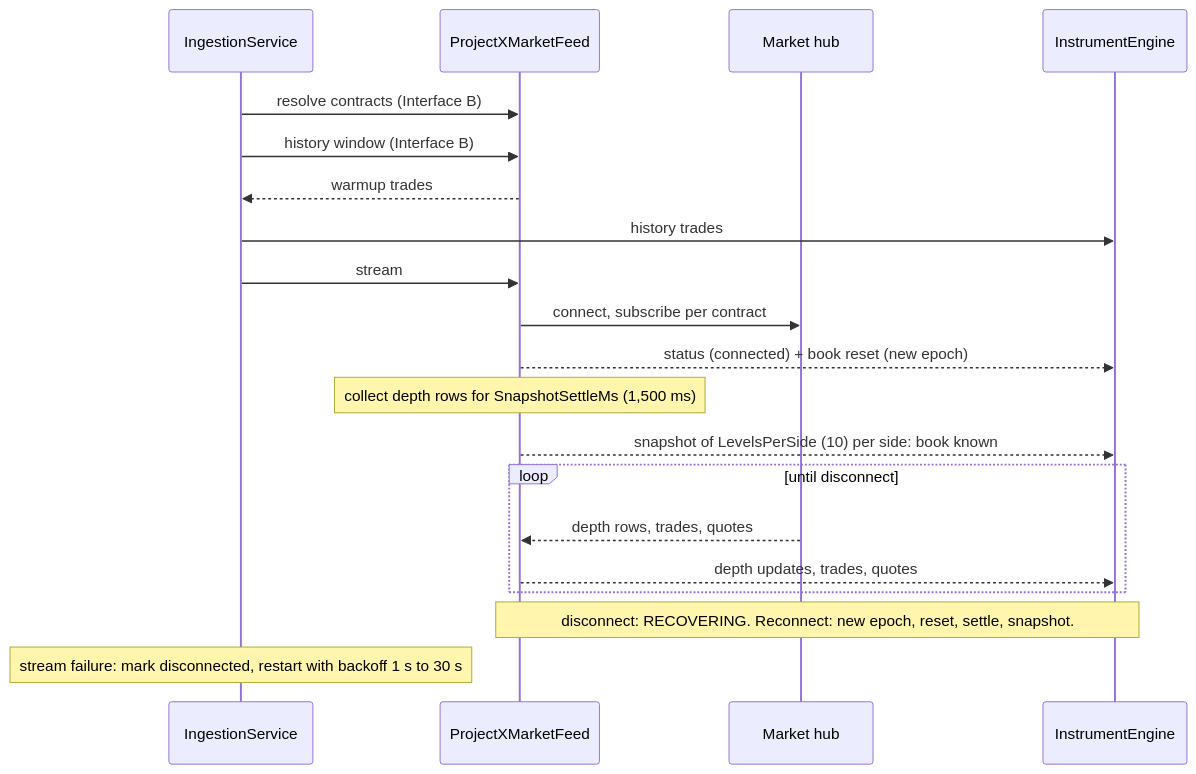
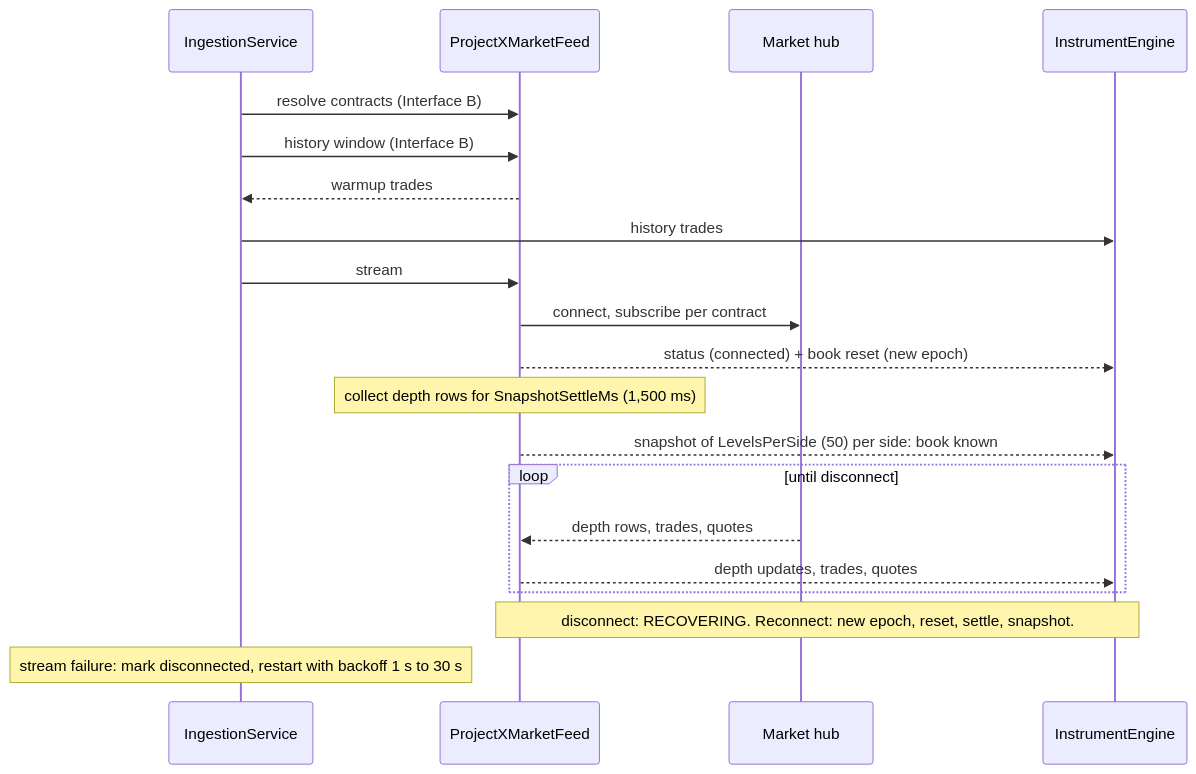
One commit to MarqSpec/futures-liquidity-dashboard changed the first of 2 diagrams in INTERFACES.md. Above: the diagram before and after it, drawn with Mermaid. The commit also changed other lines of this file and 137 other files, not shown here.

````diff
--- a/INTERFACES.md
+++ b/INTERFACES.md
@@ -46,22 +48,22 @@
 ```mermaid
 sequenceDiagram
   participant I as IngestionService
   participant F as ProjectXMarketFeed
   participant H as Market hub
   participant E as InstrumentEngine
   I->>F: resolve contracts (Interface B)
   I->>F: history window (Interface B)
   F-->>I: warmup trades
   I->>E: history trades
   I->>F: stream
   F->>H: connect, subscribe per contract
   F-->>E: status (connected) + book reset (new epoch)
   Note over F: collect depth rows for SnapshotSettleMs (1,500 ms)
-  F-->>E: snapshot of LevelsPerSide (10) per side: book known
+  F-->>E: snapshot of LevelsPerSide (50) per side: book known
   loop until disconnect
     H-->>F: depth rows, trades, quotes
     F-->>E: depth updates, trades, quotes
   end
   Note over F,E: disconnect: RECOVERING. Reconnect: new epoch, reset, settle, snapshot.
   Note over I: stream failure: mark disconnected, restart with backoff 1 s to 30 s
 ```
````
